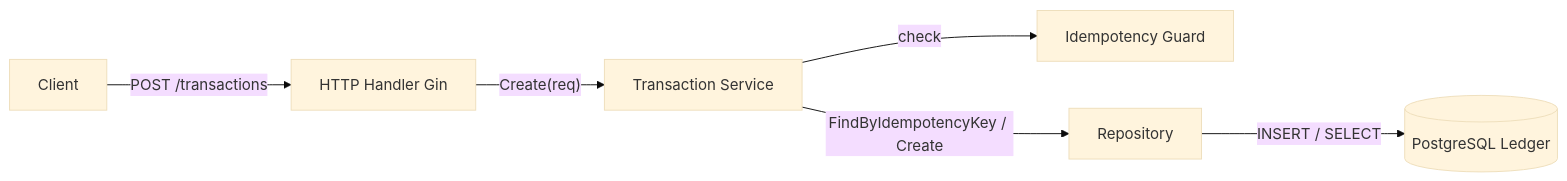
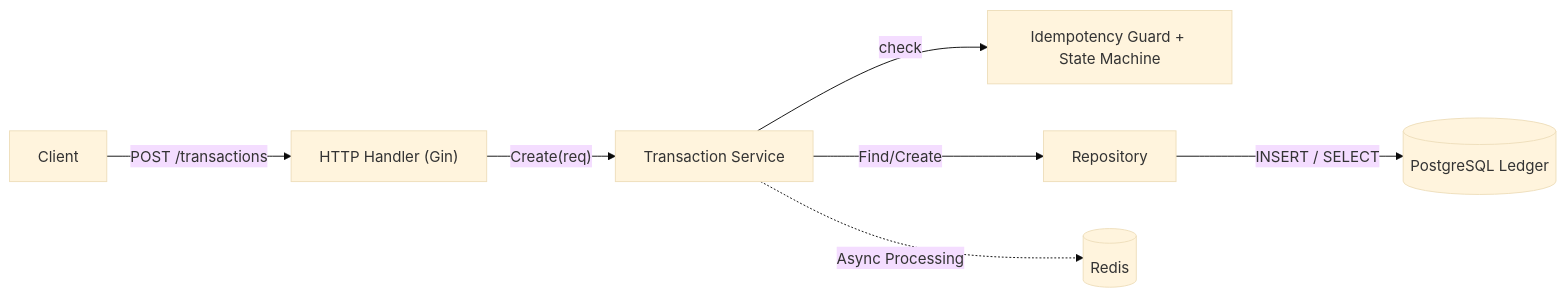
Before and after one commit to ginko97/fintech-playground: the first of 2 diagrams in README.md, drawn with Mermaid (base theme). The commit also changed other lines of this file and 4 other files, not shown here.

````diff
--- a/README.md
+++ b/README.md
@@ -3,15 +3,17 @@
 ```mermaid
 flowchart LR
-    C["Client"]
-    H["HTTP Handler Gin"]
-    S["Transaction Service"]
-    G["Idempotency Guard"]
-    R["Repository"]
+    Client["Client"] 
+    Handler["HTTP Handler (Gin)"]
+    Service["Transaction Service"]
+    Guard["Idempotency Guard + State Machine"]
+    Repo["Repository"]
     DB[("PostgreSQL Ledger")]
+    Redis[("Redis")]
 
-    C -->|"POST /transactions"| H
-    H -->|"Create(req)"| S
-    S -->|"check"| G
-    S -->|"FindByIdempotencyKey / Create"| R
-    R -->|"INSERT / SELECT"| DB
+    Client -->|"POST /transactions"| Handler
+    Handler -->|"Create(req)"| Service
+    Service -->|"check"| Guard
+    Service -->|"Find/Create"| Repo
+    Repo -->|"INSERT / SELECT"| DB
+    Service -.->|"Async Processing"| Redis
 ```
````
